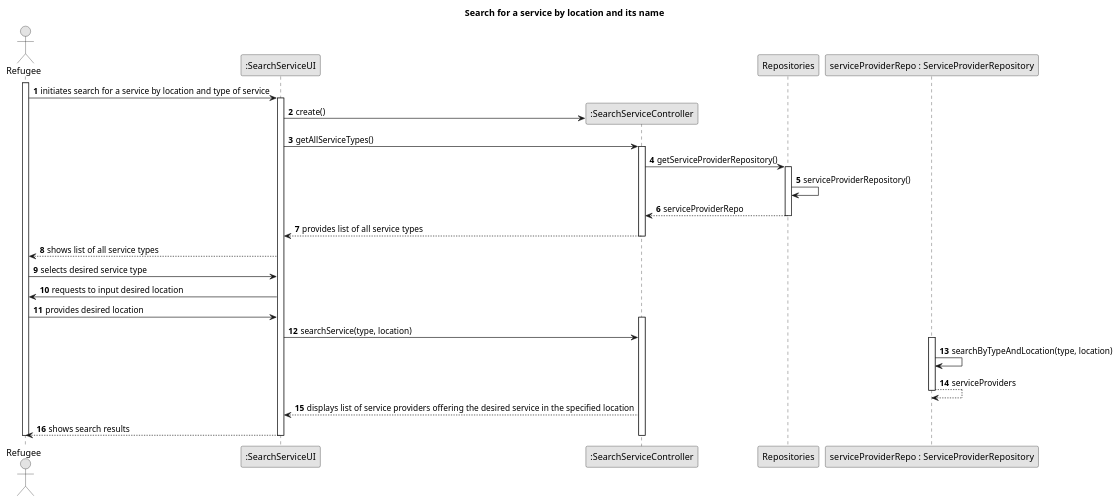
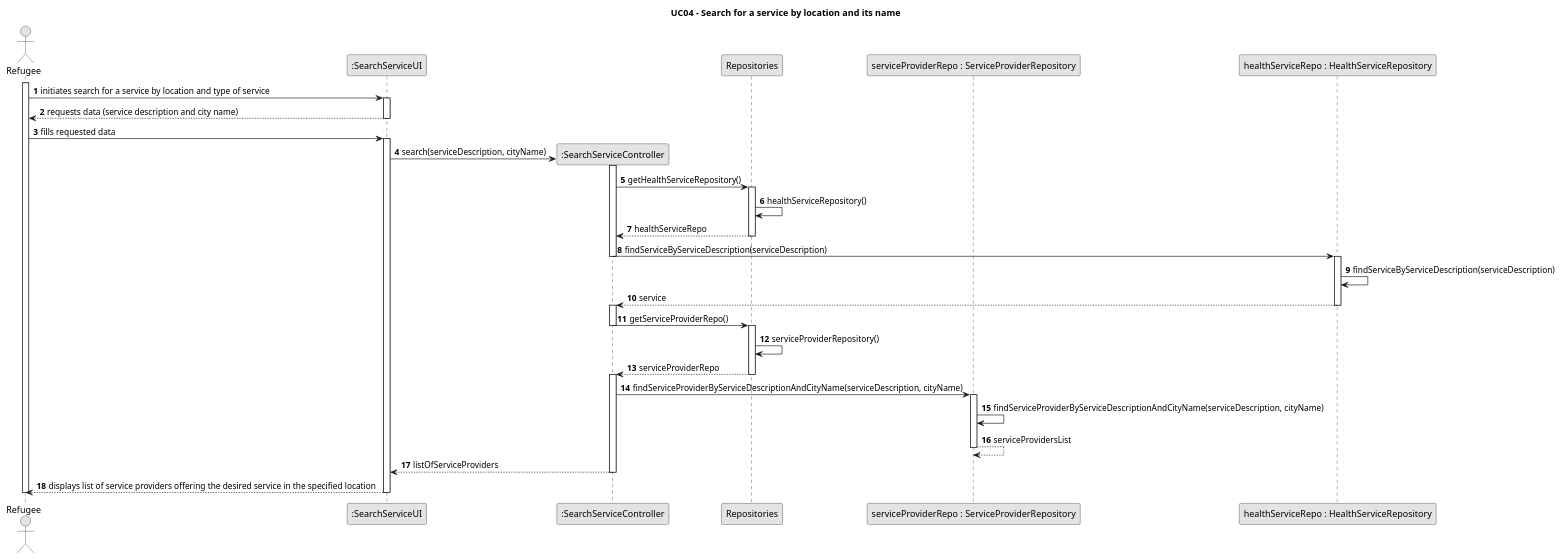
Before and after one commit to Chirano/GladlyGiven: the diagram in javaSprint2GladlyGiven/Docs/UseCases/uc04/us04-SD.puml, drawn with PlantUML. The commit also changed 49 other files, not shown here.

```diff
--- a/javaSprint2GladlyGiven/Docs/UseCases/uc04/us04-SD.puml
+++ b/javaSprint2GladlyGiven/Docs/UseCases/uc04/us04-SD.puml
@@ -1,64 +1,56 @@
 @startuml
 skinparam monochrome true
 skinparam packageStyle rectangle
 skinparam shadowing false
 
-title Search for a service by location and its name
+title UC04 - Search for a service by location and its name
 
 autonumber
 
 actor Refugee
 participant ":SearchServiceUI" as ui
 participant ":SearchServiceController" as ctrl
 participant Repositories
 participant "serviceProviderRepo : ServiceProviderRepository" as serviceProviderRepo
-
-autonumber
-
-actor Refugee
-participant ":SearchServiceUI" as ui
-participant ":SearchServiceController" as ctrl
-participant Repositories
-participant "serviceProviderRepo : ServiceProviderRepository" as serviceProviderRepo
-
-autonumber
-
-actor Refugee
-participant ":SearchServiceUI" as ui
-participant ":SearchServiceController" as ctrl
-participant Repositories
-participant "serviceProviderRepo : ServiceProviderRepository" as serviceProviderRepo
+participant "healthServiceRepo : HealthServiceRepository" as serviceRepo
 
 activate Refugee
-
     Refugee -> ui : initiates search for a service by location and type of service
     activate ui
-        ui -> ctrl** : create()
-        ui -> ctrl : getAllServiceTypes()
+        ui --> Refugee : requests data (service description and city name)
+    deactivate ui
+    Refugee -> ui : fills requested data
+    activate ui
+        ui -> ctrl** : search(serviceDescription, cityName)
         activate ctrl
-            ctrl -> Repositories : getServiceProviderRepository()
+            ctrl -> Repositories : getHealthServiceRepository()
             activate Repositories
+                Repositories -> Repositories : healthServiceRepository()
+                Repositories --> ctrl : healthServiceRepo
+            deactivate Repositories
+            ctrl -> serviceRepo : findServiceByServiceDescription(serviceDescription)
+        deactivate ctrl
+        activate serviceRepo
+            serviceRepo -> serviceRepo : findServiceByServiceDescription(serviceDescription)
+            serviceRepo --> ctrl : service
+        deactivate serviceRepo
+        activate ctrl
+            ctrl -> Repositories : getServiceProviderRepo()
+        deactivate ctrl
+        activate Repositories
                 Repositories -> Repositories : serviceProviderRepository()
-                Repositories-->ctrl : serviceProviderRepo
-            deactivate Repositories
-            ctrl --> ui : provides list of all service types
+                Repositories --> ctrl : serviceProviderRepo
+        deactivate Repositories
+        activate ctrl
+            ctrl -> serviceProviderRepo : findServiceProviderByServiceDescriptionAndCityName(serviceDescription, cityName)
+            activate serviceProviderRepo
+                serviceProviderRepo -> serviceProviderRepo : findServiceProviderByServiceDescriptionAndCityName(serviceDescription, cityName)
+                serviceProviderRepo --> serviceProviderRepo : serviceProvidersList
+            deactivate serviceProviderRepo
+            ctrl --> ui : listOfServiceProviders
         deactivate ctrl
-            ui --> Refugee : shows list of all service types
-            Refugee -> ui : selects desired service type
-            ui -> Refugee : requests to input desired location
-            Refugee -> ui : provides desired location
-        activate ctrl
-            ui -> ctrl : searchService(type, location)
-            activate serviceProviderRepo
-                serviceProviderRepo -> serviceProviderRepo : searchByTypeAndLocation(type, location)
-                serviceProviderRepo --> serviceProviderRepo : serviceProviders
-            deactivate serviceProviderRepo
-            ctrl --> ui : displays list of service providers offering the desired service in the specified location
-            ui --> Refugee : shows search results
-        deactivate ctrl
+        ui --> Refugee : displays list of service providers offering the desired service in the specified location
     deactivate ui
 deactivate Refugee
 
-
-
 @enduml
```
